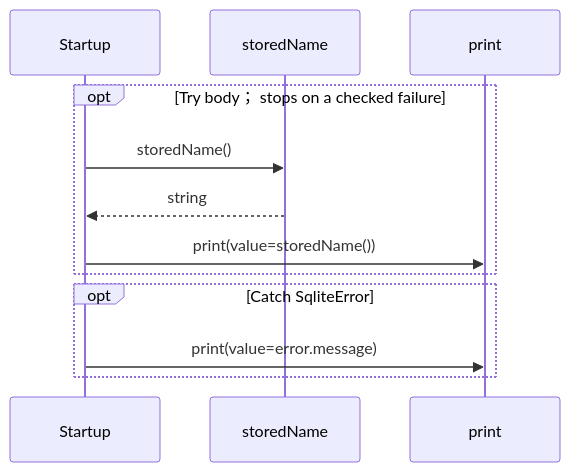
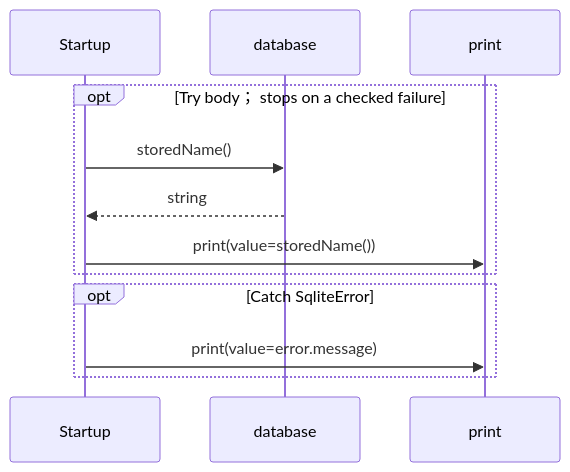
One commit to GreenPandaStudios/augscript changed the second of 2 diagrams in docs/examples/native-sqlite/main-diagrams.md. Above: the diagram before and after it, drawn with Mermaid. The commit also changed 200 other files, not shown here.

Commit message:
Group imported operations and wrap readable sequence messages

````diff
--- a/docs/examples/native-sqlite/main-diagrams.md
+++ b/docs/examples/native-sqlite/main-diagrams.md
@@ -39,14 +39,14 @@
 ```mermaid
 sequenceDiagram
     participant p0 as Startup
-    participant p1 as storedName
+    participant p1 as database
     participant p2 as print
     opt Try body； stops on a checked failure
     p0->>p1: storedName()
     p1-->>p0: string
     p0->>p2: print(value=storedName())
     end
     opt Catch SqliteError
     p0->>p2: print(value=error.message)
     end
 ```
````
